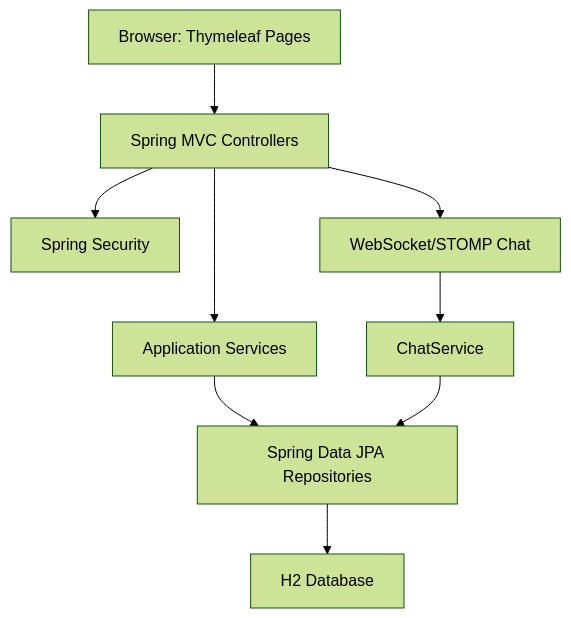
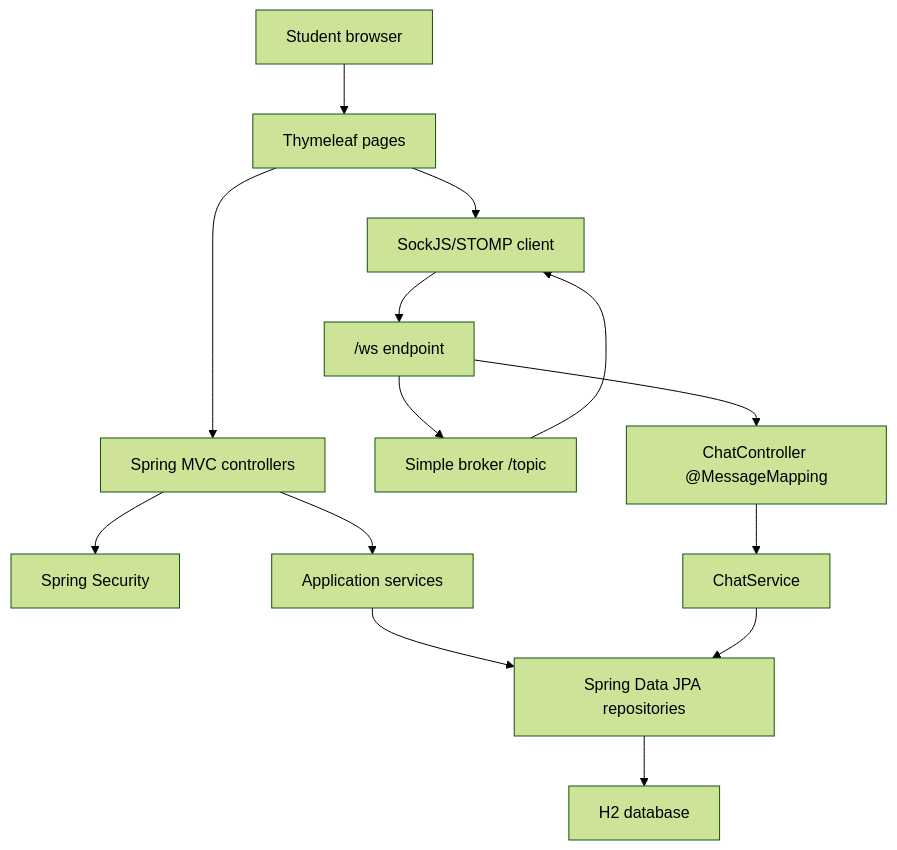
One commit to Smallyuyu/StudyLink changed the first of 8 diagrams in docs/diagrams/architecture.md. Above: the diagram before and after it, drawn with Mermaid (forest theme). The commit also changed other lines of this file, not shown here.

Commit message:
Update Diagram

````diff
--- a/docs/diagrams/architecture.md
+++ b/docs/diagrams/architecture.md
@@ -5,11 +9,16 @@
 ```mermaid
 flowchart TD
-    Browser["Browser: Thymeleaf Pages"] --> Controller["Spring MVC Controllers"]
-    Controller --> Service["Application Services"]
-    Service --> Repository["Spring Data JPA Repositories"]
-    Repository --> DB["H2 Database"]
-    Controller --> Security["Spring Security"]
-    Controller --> Chat["WebSocket/STOMP Chat"]
-    Chat --> ChatService["ChatService"]
-    ChatService --> Repository
+    Student["Student browser"] --> Pages["Thymeleaf pages"]
+    Pages --> SpringMvc["Spring MVC controllers"]
+    SpringMvc --> Security["Spring Security"]
+    SpringMvc --> Services["Application services"]
+    Services --> Repositories["Spring Data JPA repositories"]
+    Repositories --> H2["H2 database"]
+    Pages --> SockJs["SockJS/STOMP client"]
+    SockJs --> WebSocket["/ws endpoint"]
+    WebSocket --> Broker["Simple broker /topic"]
+    WebSocket --> ChatController["ChatController @MessageMapping"]
+    ChatController --> ChatService["ChatService"]
+    ChatService --> Repositories
+    Broker --> SockJs
 ```
````
